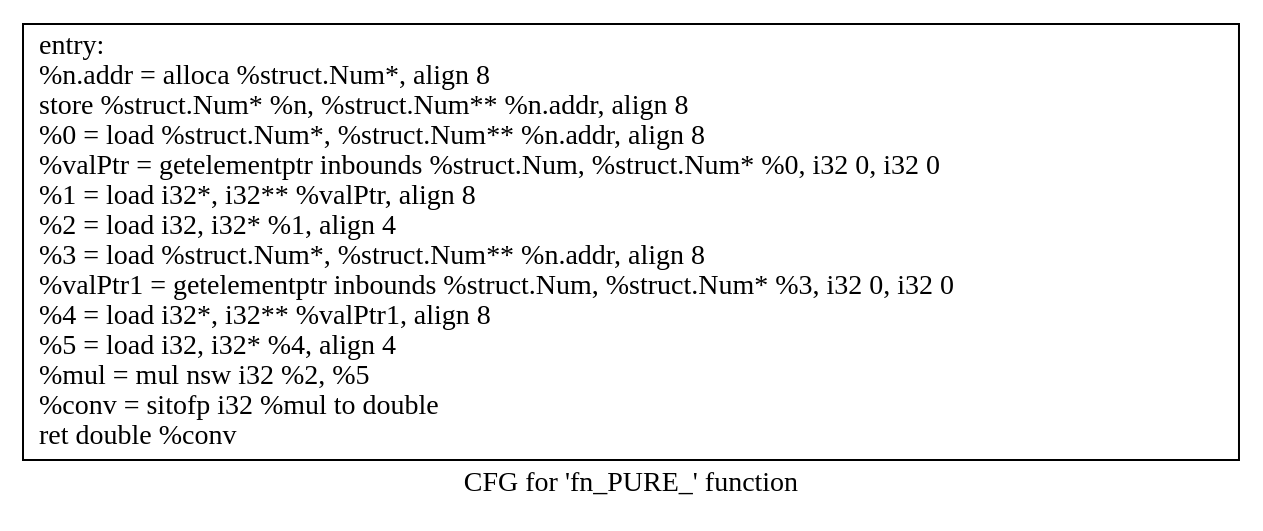
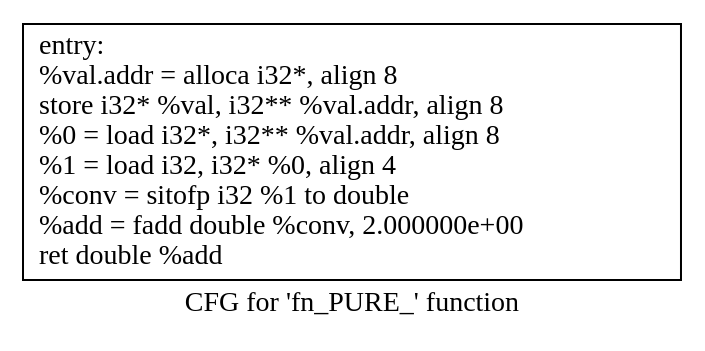
Before and after one commit to mattqemo/eecs583fp: the diagram in 583simple/.fn_PURE_.dot, drawn with Graphviz. The commit also changed 30 other files, not shown here.

```diff
--- a/583simple/.fn_PURE_.dot
+++ b/583simple/.fn_PURE_.dot
@@ -1,5 +1,5 @@
 digraph "CFG for 'fn_PURE_' function" {
 	label="CFG for 'fn_PURE_' function";
 
-	Node0x555f4f068a10 [shape=record,label="{entry:\l  %n.addr = alloca %struct.Num*, align 8\l  store %struct.Num* %n, %struct.Num** %n.addr, align 8\l  %0 = load %struct.Num*, %struct.Num** %n.addr, align 8\l  %valPtr = getelementptr inbounds %struct.Num, %struct.Num* %0, i32 0, i32 0\l  %1 = load i32*, i32** %valPtr, align 8\l  %2 = load i32, i32* %1, align 4\l  %3 = load %struct.Num*, %struct.Num** %n.addr, align 8\l  %valPtr1 = getelementptr inbounds %struct.Num, %struct.Num* %3, i32 0, i32 0\l  %4 = load i32*, i32** %valPtr1, align 8\l  %5 = load i32, i32* %4, align 4\l  %mul = mul nsw i32 %2, %5\l  %conv = sitofp i32 %mul to double\l  ret double %conv\l}"];
+	Node0x5581754b3a30 [shape=record,label="{entry:\l  %val.addr = alloca i32*, align 8\l  store i32* %val, i32** %val.addr, align 8\l  %0 = load i32*, i32** %val.addr, align 8\l  %1 = load i32, i32* %0, align 4\l  %conv = sitofp i32 %1 to double\l  %add = fadd double %conv, 2.000000e+00\l  ret double %add\l}"];
 }
```
